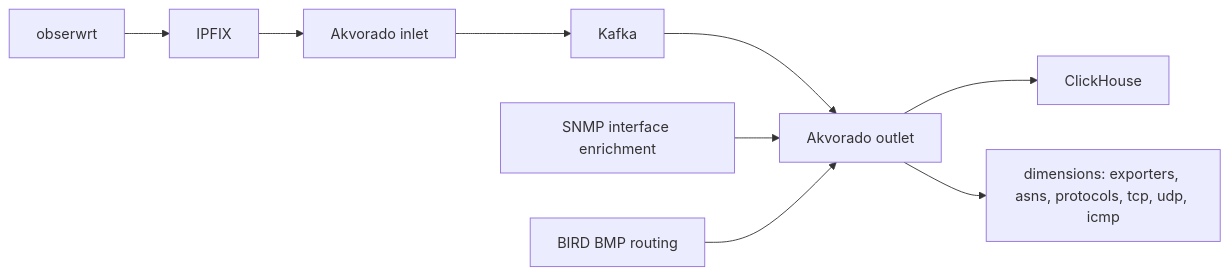
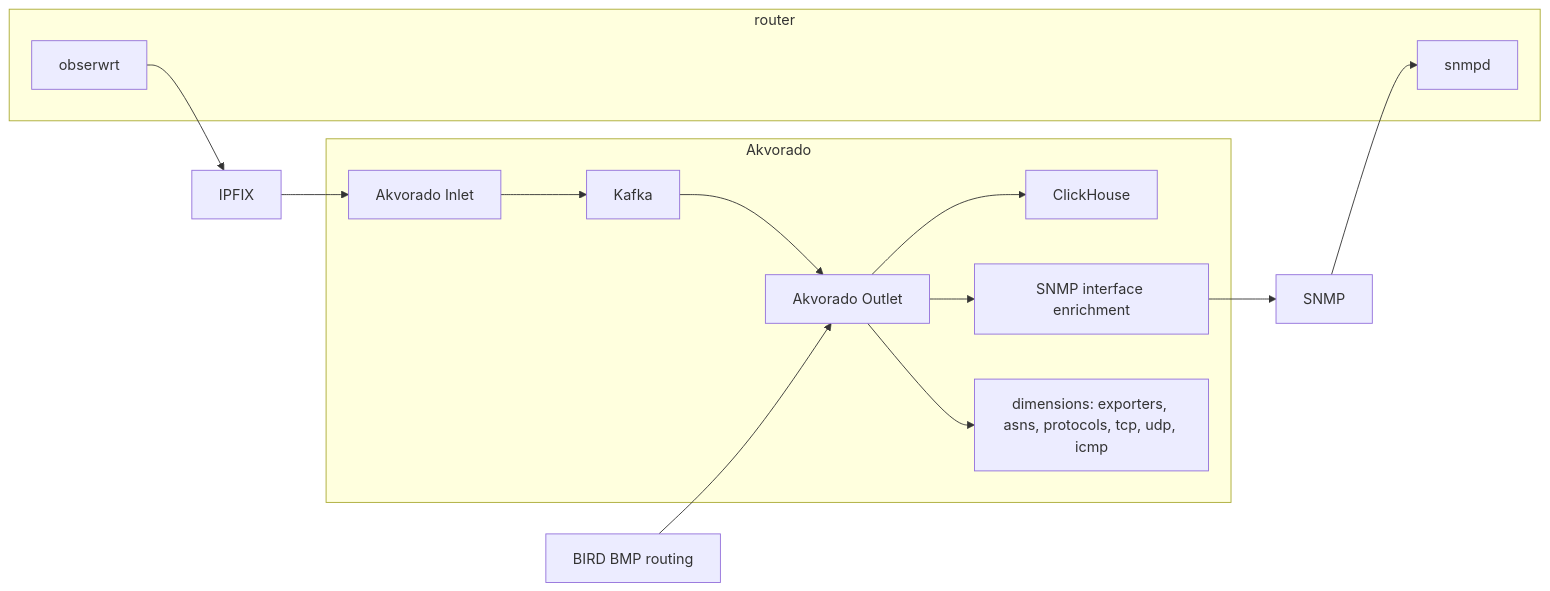
Before and after one commit to vooon/obserwrt: the sixth of 6 diagrams in docs/design.md, drawn with Mermaid.

Commit message:
docs(design): restructure §12 Akvorado integration diagram
- Add router subgraph (obserwrt + snmpd) and Akvorado subgraph
  (inlet/Kafka/outlet/ClickHouse/enrichment/dimensions).
- Show SNMP enrichment round-trip outlet -> snmpd on the router.
- Fully label Akvorado Inlet/Outlet nodes.

````diff
--- a/docs/design.md
+++ b/docs/design.md
@@ -529,11 +529,25 @@
 ```mermaid
 flowchart LR
-    O[obserwrt] --> IPFIX[IPFIX]
-    IPFIX --> INLET[Akvorado inlet]
+    subgraph ROUTER[router]
+        O[obserwrt]
+        SNMPD[snmpd]
+    end
+    O --> IPFIX[IPFIX]
+    IPFIX --> INLET[Akvorado Inlet]
     INLET --> KAFKA[Kafka]
-    KAFKA --> OUTLET[Akvorado outlet]
+    KAFKA --> OUTLET[Akvorado Outlet]
     OUTLET --> CH[ClickHouse]
-    SNMP[SNMP interface enrichment] --> OUTLET
+    subgraph AKV[Akvorado]
+        INLET
+        KAFKA
+        OUTLET
+        CH
+        ENR[SNMP interface enrichment]
+        DIM[dimensions: exporters, asns, protocols, tcp, udp, icmp]
+    end
+    OUTLET --> ENR
+    ENR --> SNMP[SNMP]
+    SNMP --> SNMPD
     BIRD[BIRD BMP routing] --> OUTLET
-    OUTLET --> DIM[dimensions: exporters, asns, protocols, tcp, udp, icmp]
+    OUTLET --> DIM
 ```
````
